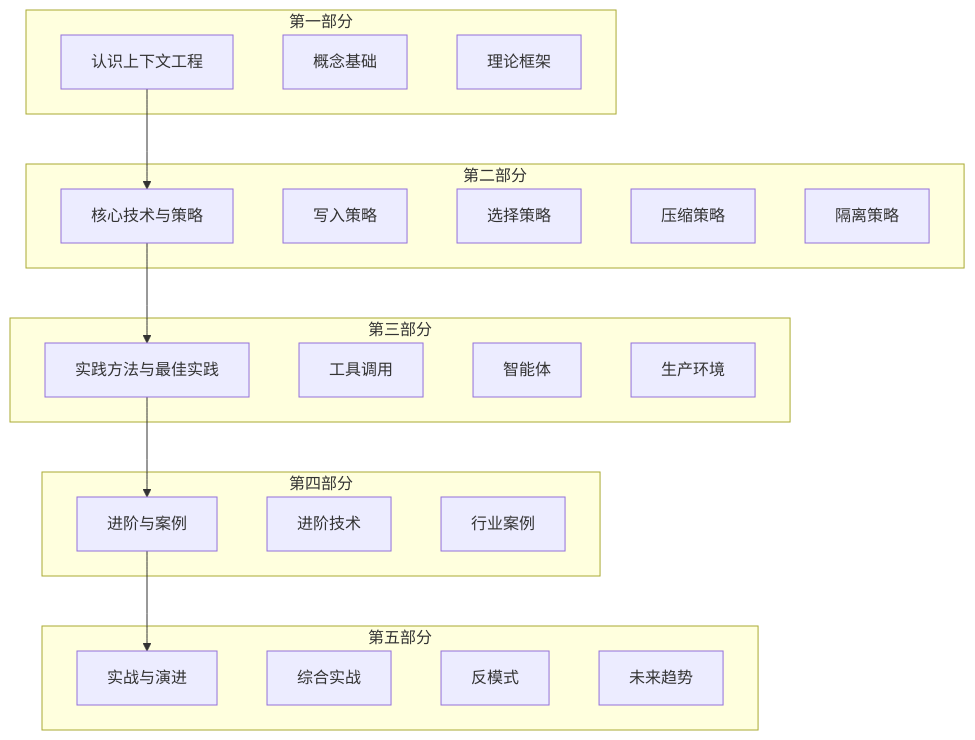
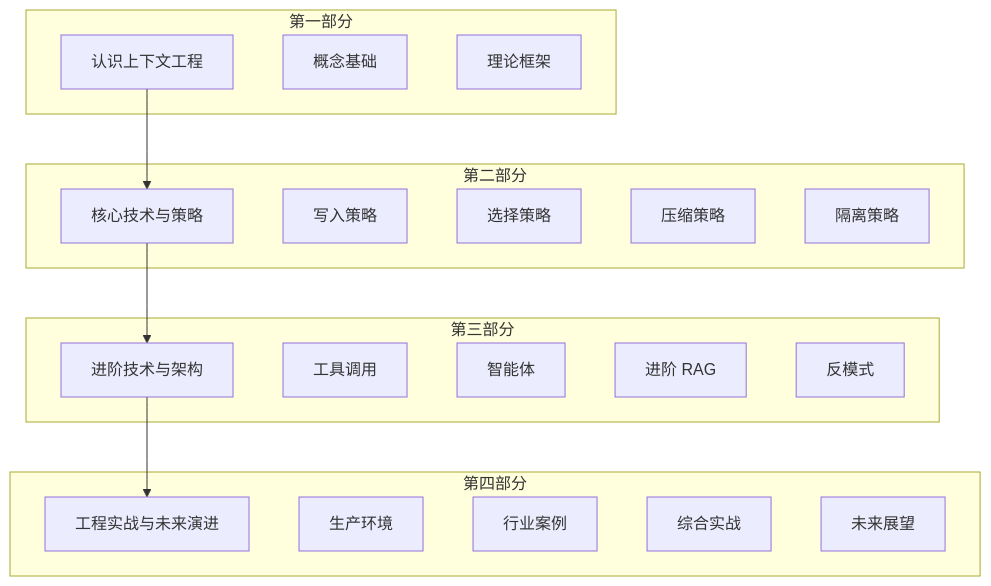
One commit to yeasy/context_engineering_guide changed the diagram in 01_overview/1.4_roadmap.md. Above: the diagram before and after it, drawn with Mermaid. The commit also changed other lines of this file and 2 other files, not shown here.

Commit message:
Fix wrong links

````diff
--- a/01_overview/1.4_roadmap.md
+++ b/01_overview/1.4_roadmap.md
@@ -7,38 +7,34 @@
 ```mermaid
 graph TB
     subgraph "第一部分"
         A["认识上下文工程"]
         A1["概念基础"]
         A2["理论框架"]
     end
     
     subgraph "第二部分"
         B["核心技术与策略"]
         B1["写入策略"]
         B2["选择策略"]
         B3["压缩策略"]
         B4["隔离策略"]
     end
     
     subgraph "第三部分"
-        C["实践方法与最佳实践"]
+        C["进阶技术与架构"]
         C1["工具调用"]
         C2["智能体"]
-        C3["生产环境"]
+        C3["进阶 RAG"]
+        C4["反模式"]
     end
     
     subgraph "第四部分"
-        D["进阶与案例"]
-        D1["进阶技术"]
+        D["工程实战与未来演进"]
+        D1["生产环境"]
         D2["行业案例"]
+        D3["综合实战"]
+        D4["未来展望"]
     end
     
-    subgraph "第五部分"
-        E["实战与演进"]
-        E1["综合实战"]
-        E2["反模式"]
-        E3["未来趋势"]
-    end
-    
-    A --> B --> C --> D --> E
+    A --> B --> C --> D
 ```
````
